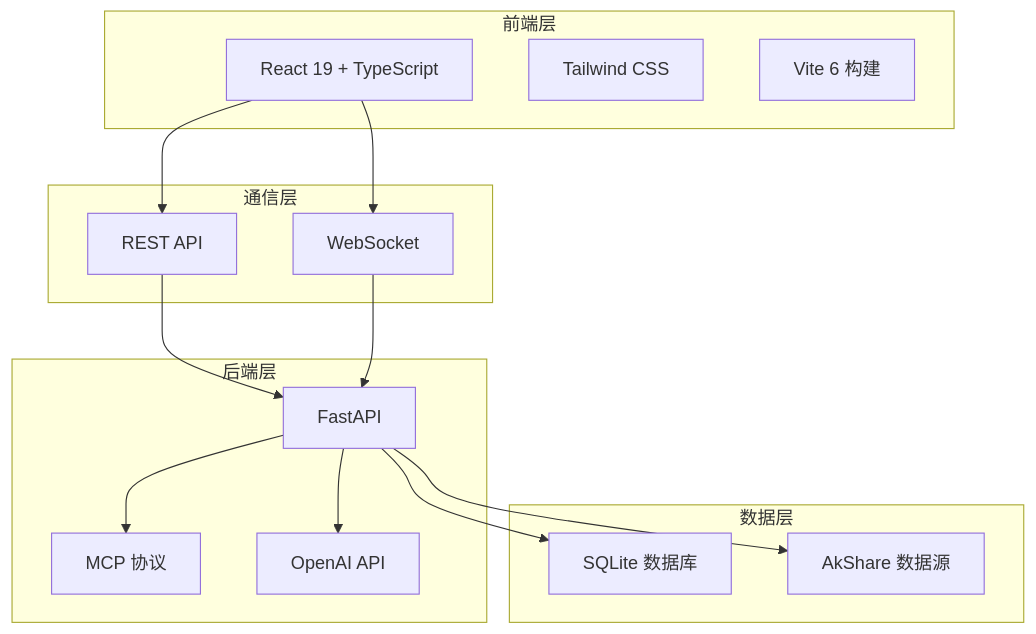
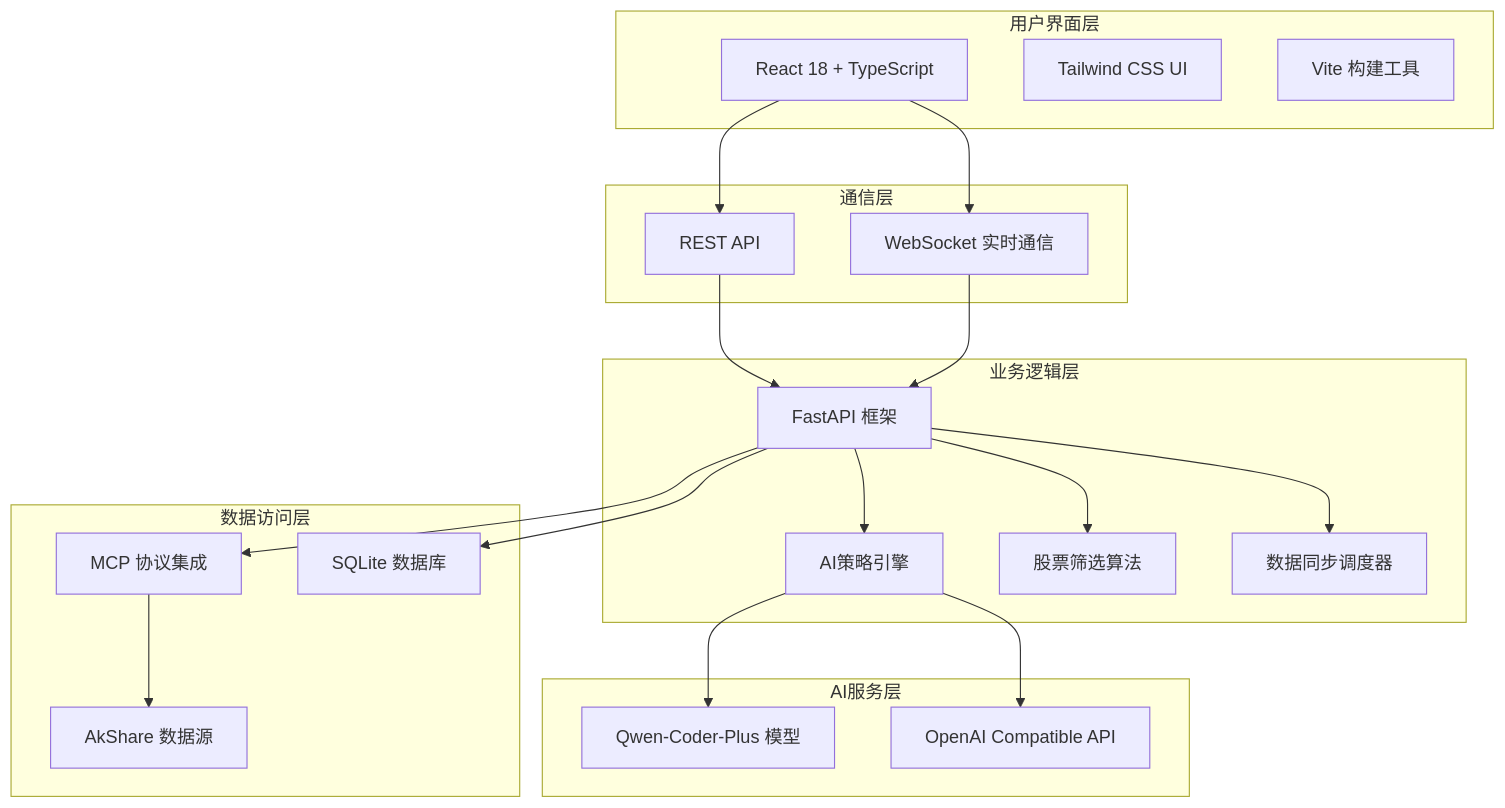
Before and after one commit to tianbao424/Claude-made-stock-bot: the diagram in README.md, drawn with Mermaid. The commit also changed other lines of this file and 4 other files, not shown here.

````diff
--- a/README.md
+++ b/README.md
@@ -127,33 +147,44 @@
 ```mermaid
 graph TB
-    subgraph "前端层"
-        A[React 19 + TypeScript]
-        B[Tailwind CSS]
-        C[Vite 6 构建]
+    subgraph "用户界面层"
+        A[React 18 + TypeScript]
+        B[Tailwind CSS UI]
+        C[Vite 构建工具]
     end
     
     subgraph "通信层"
         D[REST API]
-        E[WebSocket]
+        E[WebSocket 实时通信]
     end
     
-    subgraph "后端层"
-        F[FastAPI]
-        G[MCP 协议]
-        H[OpenAI API]
+    subgraph "业务逻辑层"
+        F[FastAPI 框架]
+        G[AI策略引擎]
+        H[股票筛选算法]
+        I[数据同步调度器]
     end
     
-    subgraph "数据层"
-        I[SQLite 数据库]
-        J[AkShare 数据源]
+    subgraph "数据访问层"
+        J[MCP 协议集成]
+        K[AkShare 数据源]
+        L[SQLite 数据库]
+    end
+    
+    subgraph "AI服务层"
+        M[Qwen-Coder-Plus 模型]
+        N[OpenAI Compatible API]
     end
     
     A --> D
     A --> E
     D --> F
     E --> F
     F --> G
     F --> H
     F --> I
     F --> J
+    J --> K
+    F --> L
+    G --> M
+    G --> N
 ```
````
